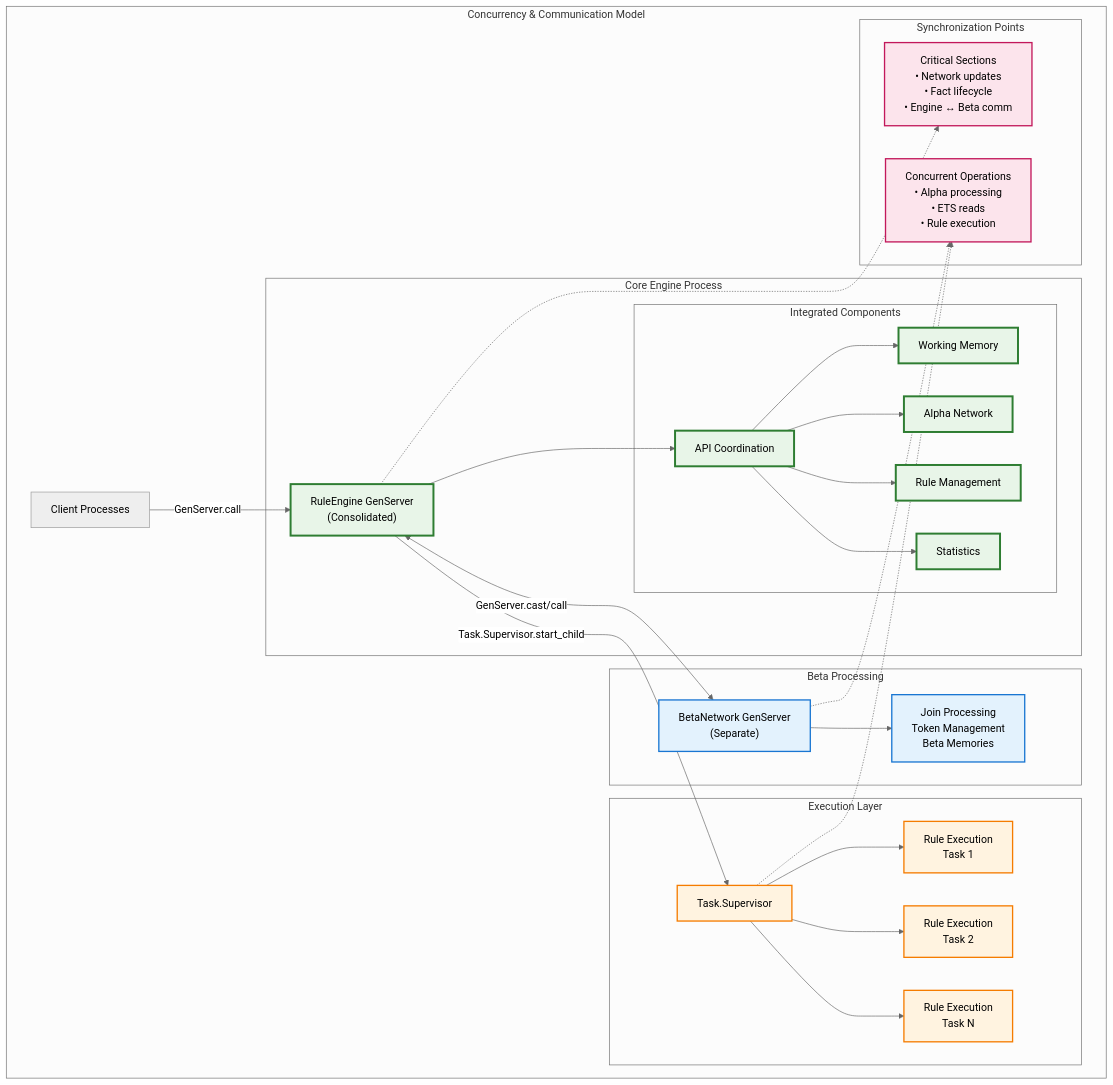
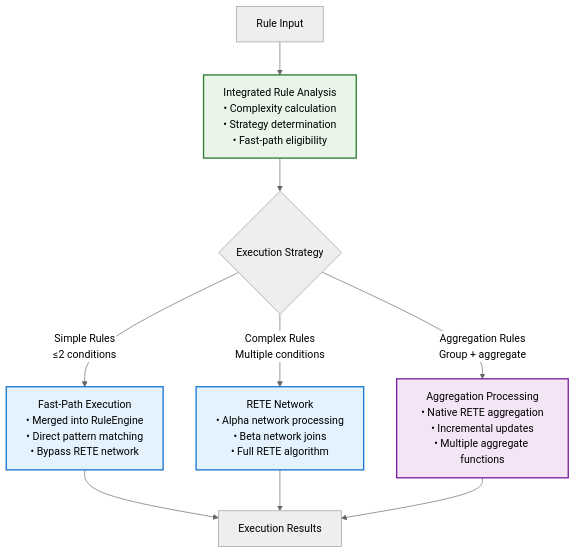
One commit to hl/presto changed the fifth of 6 diagrams in specs/architecture.md. Above: the diagram before and after it, drawn with Mermaid (neutral theme). The commit also changed other lines of this file and 11 other files, not shown here.

First line of the commit message:
docs: update all markdown files for BSSN simplification and RETE-native aggregations

````diff
--- a/specs/architecture.md
+++ b/specs/architecture.md
@@ -651,64 +348,24 @@
 ```mermaid
-graph TB
-    subgraph "Concurrency & Communication Model"
-        Client["Client Processes"]
-        
-        subgraph "Core Engine Process"
-            RuleEngine["RuleEngine GenServer<br/>(Consolidated)"]
-            
-            subgraph "Integrated Components"
-                API["API Coordination"]
-                WM["Working Memory"]
-                AN["Alpha Network"]
-                RM["Rule Management"]
-                Stats["Statistics"]
-            end
-        end
-        
-        subgraph "Beta Processing"
-            BetaNetwork["BetaNetwork GenServer<br/>(Separate)"]
-            BetaComponents["Join Processing<br/>Token Management<br/>Beta Memories"]
-        end
-        
-        subgraph "Execution Layer"
-            TaskSupervisor["Task.Supervisor"]
-            RuleExecution1["Rule Execution<br/>Task 1"]
-            RuleExecution2["Rule Execution<br/>Task 2"]
-            RuleExecutionN["Rule Execution<br/>Task N"]
-        end
-        
-        subgraph "Synchronization Points"
-            CriticalSections["Critical Sections<br/>• Network updates<br/>• Fact lifecycle<br/>• Engine ↔ Beta comm"]
-            ConcurrentOps["Concurrent Operations<br/>• Alpha processing<br/>• ETS reads<br/>• Rule execution"]
-        end
-    end
+flowchart TD
+    RuleInput[Rule Input] --> Analysis[Integrated Rule Analysis<br/>• Complexity calculation<br/>• Strategy determination<br/>• Fast-path eligibility]
     
-    Client -->|GenServer.call| RuleEngine
-    RuleEngine --> API
-    API --> WM
-    API --> AN
-    API --> RM
-    API --> Stats
+    Analysis --> Strategy{Execution Strategy}
     
-    RuleEngine <-->|GenServer.cast/call| BetaNetwork
-    BetaNetwork --> BetaComponents
+    Strategy -->|Simple Rules<br/>≤2 conditions| FastPath[Fast-Path Execution<br/>• Merged into RuleEngine<br/>• Direct pattern matching<br/>• Bypass RETE network]
     
-    RuleEngine -->|Task.Supervisor.start_child| TaskSupervisor
-    TaskSupervisor --> RuleExecution1
-    TaskSupervisor --> RuleExecution2
-    TaskSupervisor --> RuleExecutionN
+    Strategy -->|Complex Rules<br/>Multiple conditions| RETENetwork[RETE Network<br/>• Alpha network processing<br/>• Beta network joins<br/>• Full RETE algorithm]
     
-    RuleEngine -.-> CriticalSections
-    BetaNetwork -.-> ConcurrentOps
-    TaskSupervisor -.-> ConcurrentOps
+    Strategy -->|Aggregation Rules<br/>Group + aggregate| AggRules[Aggregation Processing<br/>• Native RETE aggregation<br/>• Incremental updates<br/>• Multiple aggregate functions]
     
-    classDef consolidated fill:#e8f5e8,stroke:#2e7d32,stroke-width:3px
-    classDef separate fill:#e3f2fd,stroke:#1976d2,stroke-width:2px
-    classDef execution fill:#fff3e0,stroke:#f57c00,stroke-width:2px
-    classDef sync fill:#fce4ec,stroke:#c2185b,stroke-width:2px
+    FastPath --> Results[Execution Results]
+    RETENetwork --> Results
+    AggRules --> Results
     
-    class RuleEngine,API,WM,AN,RM,Stats consolidated
-    class BetaNetwork,BetaComponents separate
-    class TaskSupervisor,RuleExecution1,RuleExecution2,RuleExecutionN execution
-    class CriticalSections,ConcurrentOps sync
+    classDef analysis fill:#e8f5e8,stroke:#2e7d32,stroke-width:2px
+    classDef execution fill:#e3f2fd,stroke:#1976d2,stroke-width:2px
+    classDef aggregation fill:#f3e5f5,stroke:#7b1fa2,stroke-width:2px
+    
+    class Analysis analysis
+    class FastPath,RETENetwork execution
+    class AggRules aggregation
 ```
````
